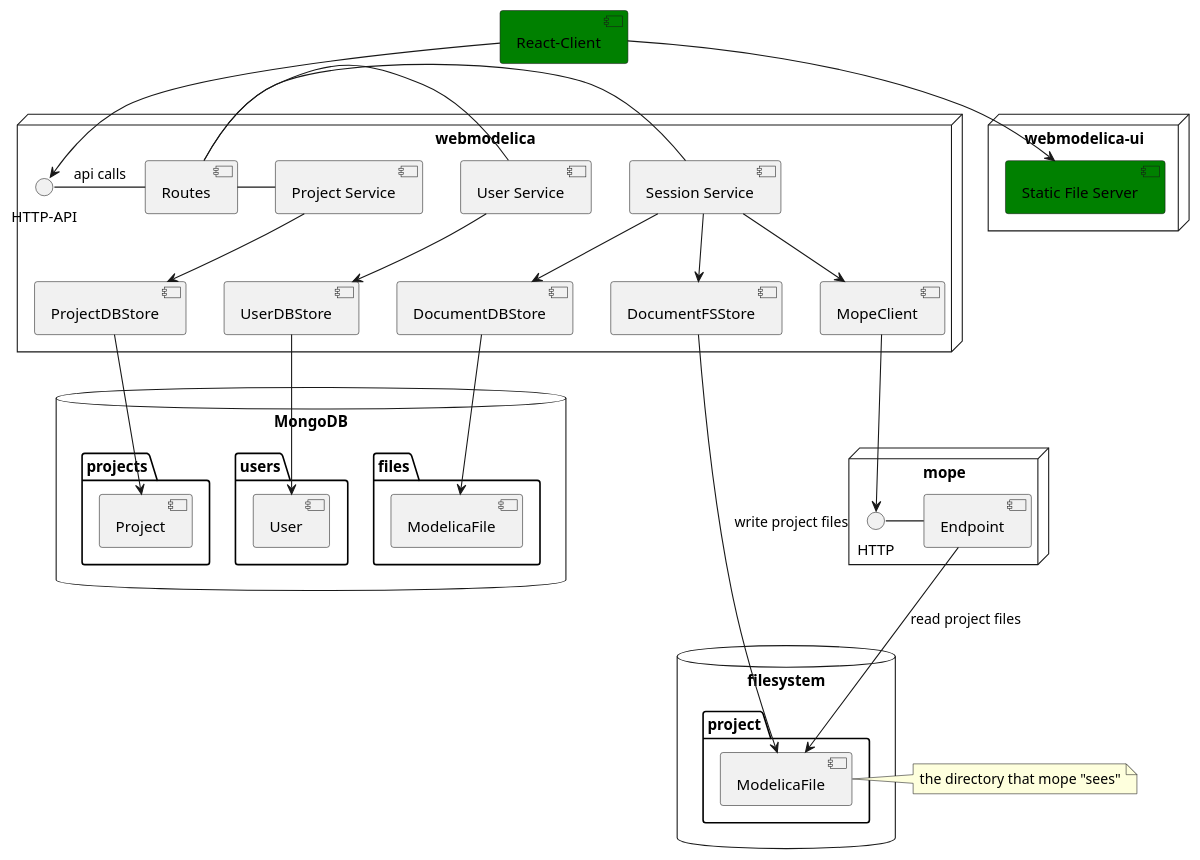
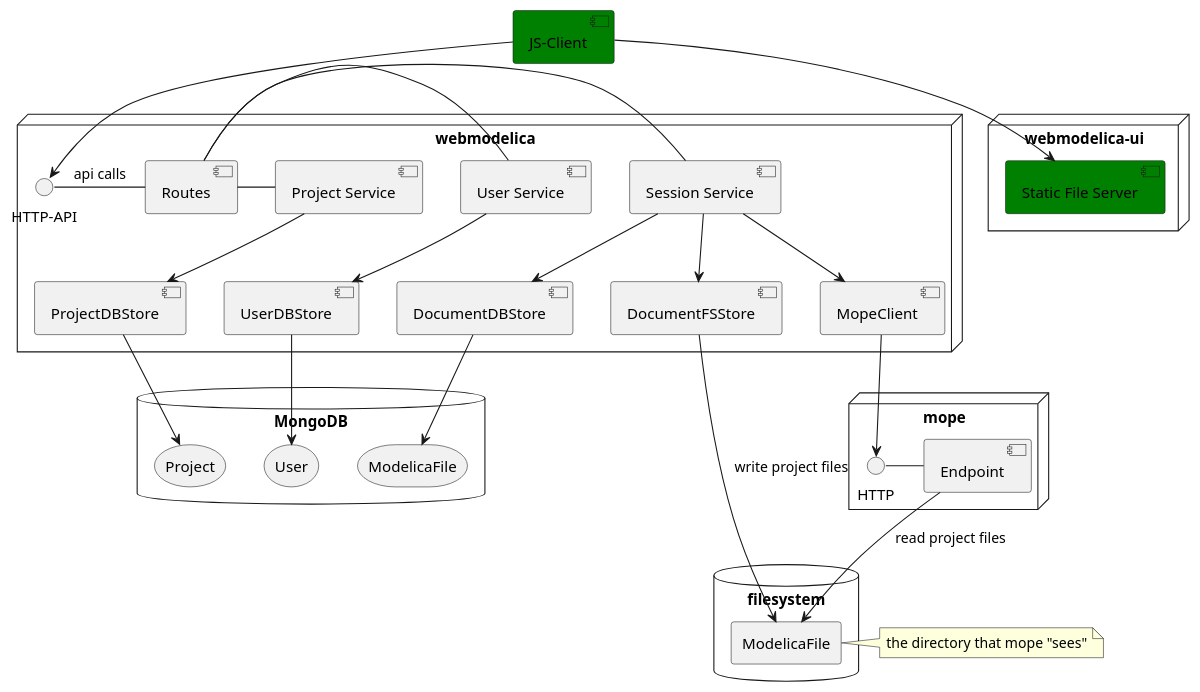
The diagram in doc/components.puml (THM-MoTE/webmodelica), drawn with PlantUML before and after one commit. The commit also changed 1 other file, not shown here.

Commit message:
update component diagram

```diff
--- a/doc/components.puml
+++ b/doc/components.puml
@@ -1,59 +1,51 @@
 @startuml
 
-[React-Client] #Green
+[JS-Client] #Green
 
 node "webmodelica-ui" {
   [Static File Server] #Green
-  [React-Client] --> [Static File Server]
+  [JS-Client] --> [Static File Server]
 }
 
 node "webmodelica" {
   () "HTTP-API" as wm_http
-  [React-Client] --> wm_http
+  [JS-Client] --> wm_http
   wm_http - [Routes] : "api calls"
 
   [Routes] - [Session Service]
   [Routes] - [Project Service]
   [Routes] - [User Service]
 
   [Project Service] --> [ProjectDBStore]
   [User Service] --> [UserDBStore]
 
   [Session Service] --> [DocumentFSStore]
   [Session Service] --> [DocumentDBStore]
   [Session Service] --> [MopeClient]
 
 }
 
 node "mope" {
   () "HTTP" as mope_http
   [MopeClient] --> mope_http
   mope_http - [Endpoint]
 }
 
-database "MongoDB" {
-  folder "users" {
-    [User]
-  }
-  folder "projects" {
-    [Project]
-  }
-  folder "files" {
-    [ModelicaFile] as doc_file
-  }
+database MongoDB {
+  storage User
+  storage Project
+  storage ModelicaFile as doc_file
 }
 
 database "filesystem" {
-  folder "project" {
-    [ModelicaFile] as fs_file
-  }
+  rectangle ModelicaFile as fs_file
 }
 note left of fs_file : the directory that mope "sees"
 
-[ProjectDBStore] --> [Project]
-[UserDBStore] --> [User]
+[ProjectDBStore] --> Project
+[UserDBStore] --> User
 [DocumentDBStore] --> doc_file
 [DocumentFSStore] --> fs_file : write project files
 
 [Endpoint] --> fs_file : read project files
 @enduml
```
